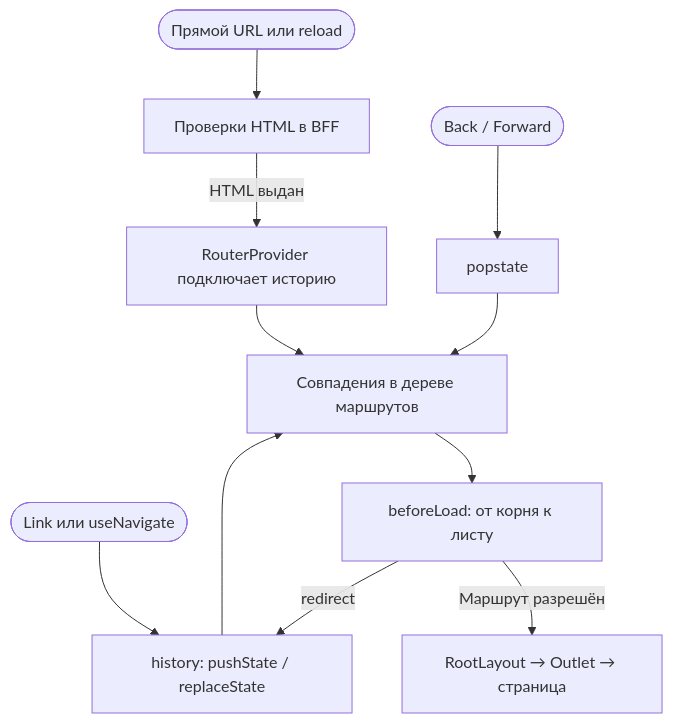
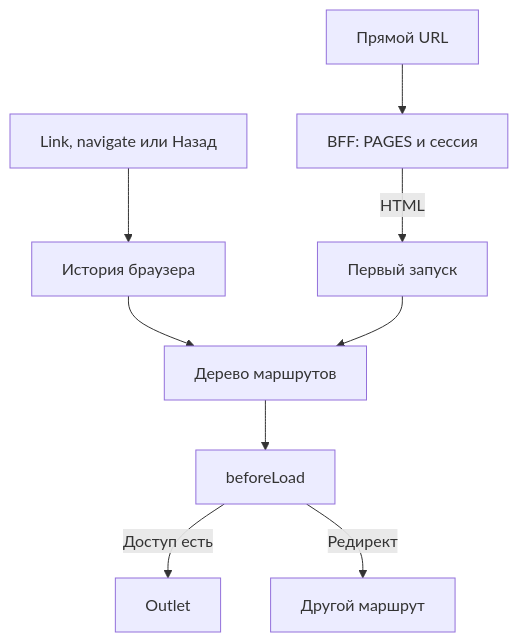
One commit to Cringe-Driven-Development-Team/docs changed the diagram in site/documentation/frontend/routing.md. Above: the diagram before and after it, drawn with Mermaid. The commit also changed other lines of this file and 9 other files, not shown here.

````diff
--- a/site/documentation/frontend/routing.md
+++ b/site/documentation/frontend/routing.md
@@ -72,14 +26,11 @@
 ```mermaid
-%% Flowchart: BFF обрабатывает документ; история SPA ведёт прямо в клиентское дерево.
 flowchart TD
-    direct(["Прямой URL или reload"]) --> bff["Проверки HTML в BFF"]
-    bff -->|HTML выдан| provider["RouterProvider подключает историю"]
-    link(["Link или useNavigate"]) --> history["history: pushState / replaceState"]
-    back(["Back / Forward"]) --> popstate["popstate"]
-    provider --> tree["Совпадения в дереве маршрутов"]
-    history --> tree
-    popstate --> tree
-    tree --> guard["beforeLoad: от корня к листу"]
-    guard -->|Маршрут разрешён| outlet["RootLayout → Outlet → страница"]
-    guard -->|redirect| history
+    url["Прямой URL"] --> bff["BFF: PAGES и сессия"]
+    bff -->|HTML| boot["Первый запуск"]
+    link["Link, navigate или Назад"] --> history["История браузера"]
+    history --> tree["Дерево маршрутов"]
+    boot --> tree
+    tree --> guard["beforeLoad"]
+    guard -->|Доступ есть| outlet["Outlet"]
+    guard -->|Редирект| login["Другой маршрут"]
 ```
````
